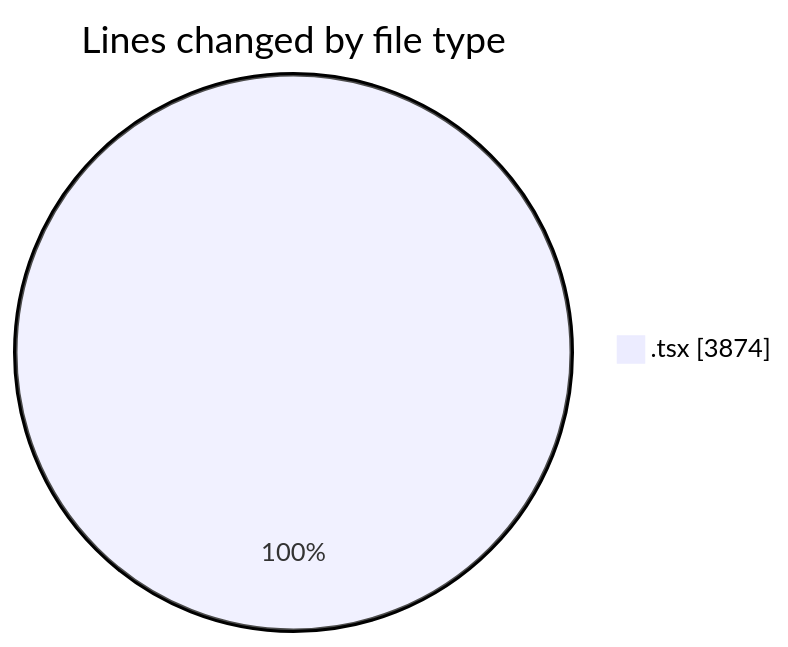
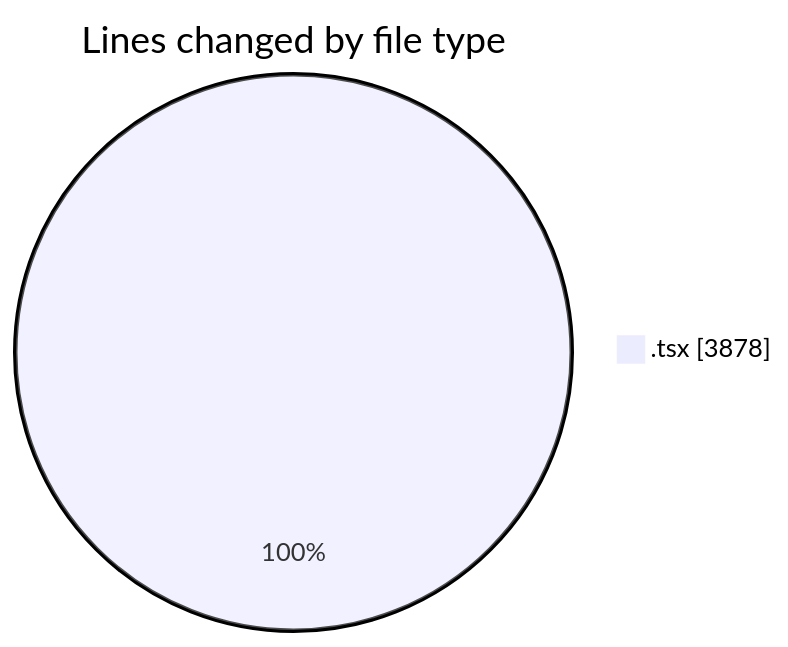
One commit to momahboobian/code-tracking changed the first of 2 diagrams in 2025-11-11/cda/README.md. Above: the diagram before and after it, drawn with Mermaid. The commit also changed other lines of this file and 1 other file, not shown here.

````diff
--- a/2025-11-11/cda/README.md
+++ b/2025-11-11/cda/README.md
@@ -24,5 +24,5 @@
 ```mermaid
 pie showData
 title Lines changed by file type
-".tsx" : 3874
+".tsx" : 3878
 ```
````
